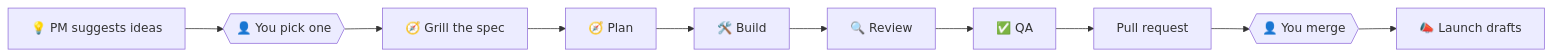
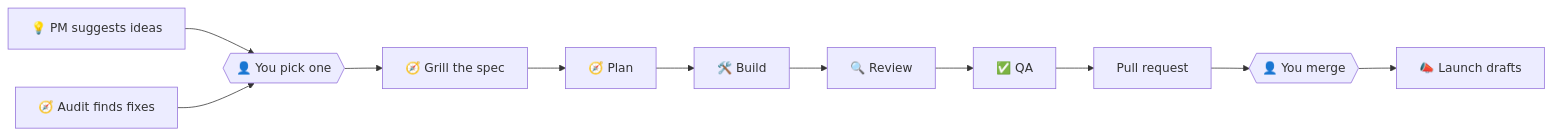
Before and after one commit to mishraaditya595/agent-team: the diagram in README.md, drawn with Mermaid. The commit also changed other lines of this file and 9 other files, not shown here.

````diff
--- a/README.md
+++ b/README.md
@@ -22,7 +22,8 @@
 ```mermaid
 flowchart LR
     A["💡 PM suggests ideas"] --> B{{"👤 You pick one"}}
+    A2["🧭 Audit finds fixes"] --> B
     B --> C0["🧭 Grill the spec"] --> C["🧭 Plan"] --> D["🛠️ Build"] --> E["🔍 Review"] --> F["✅ QA"] --> G["Pull request"]
     G --> H{{"👤 You merge"}}
     H --> I["📣 Launch drafts"]
 ```
````
